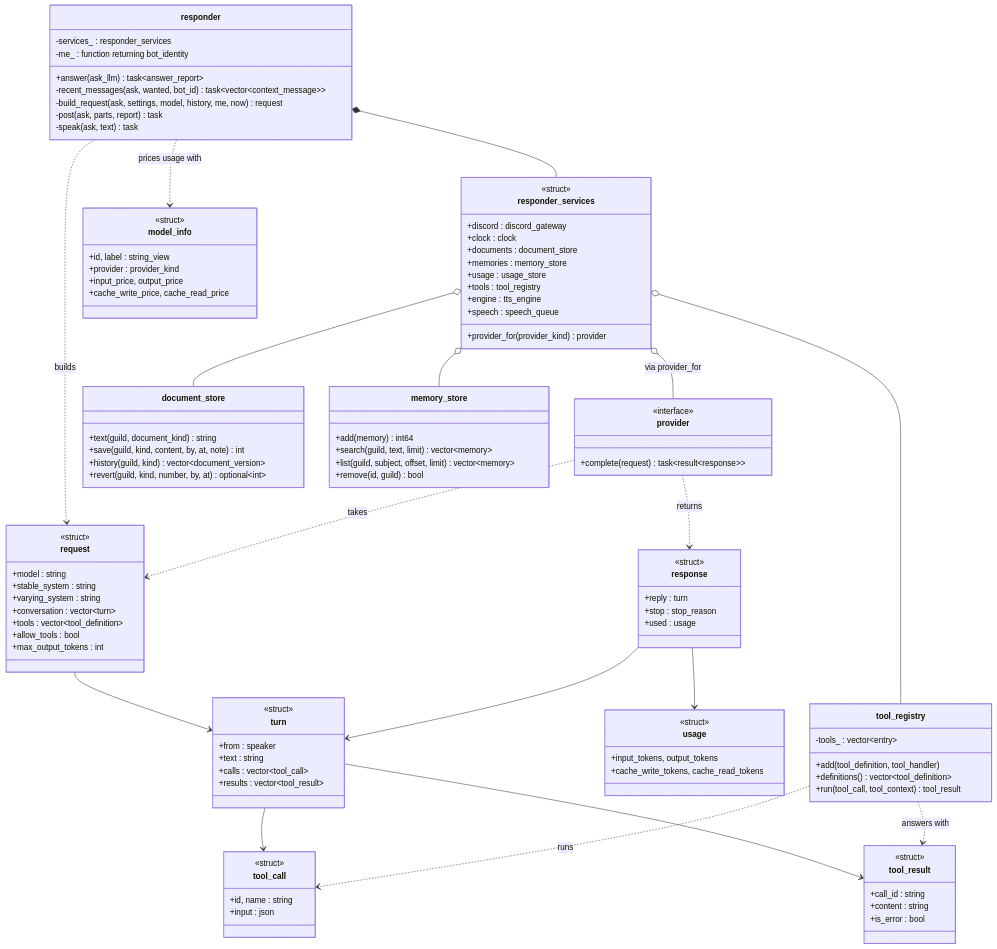
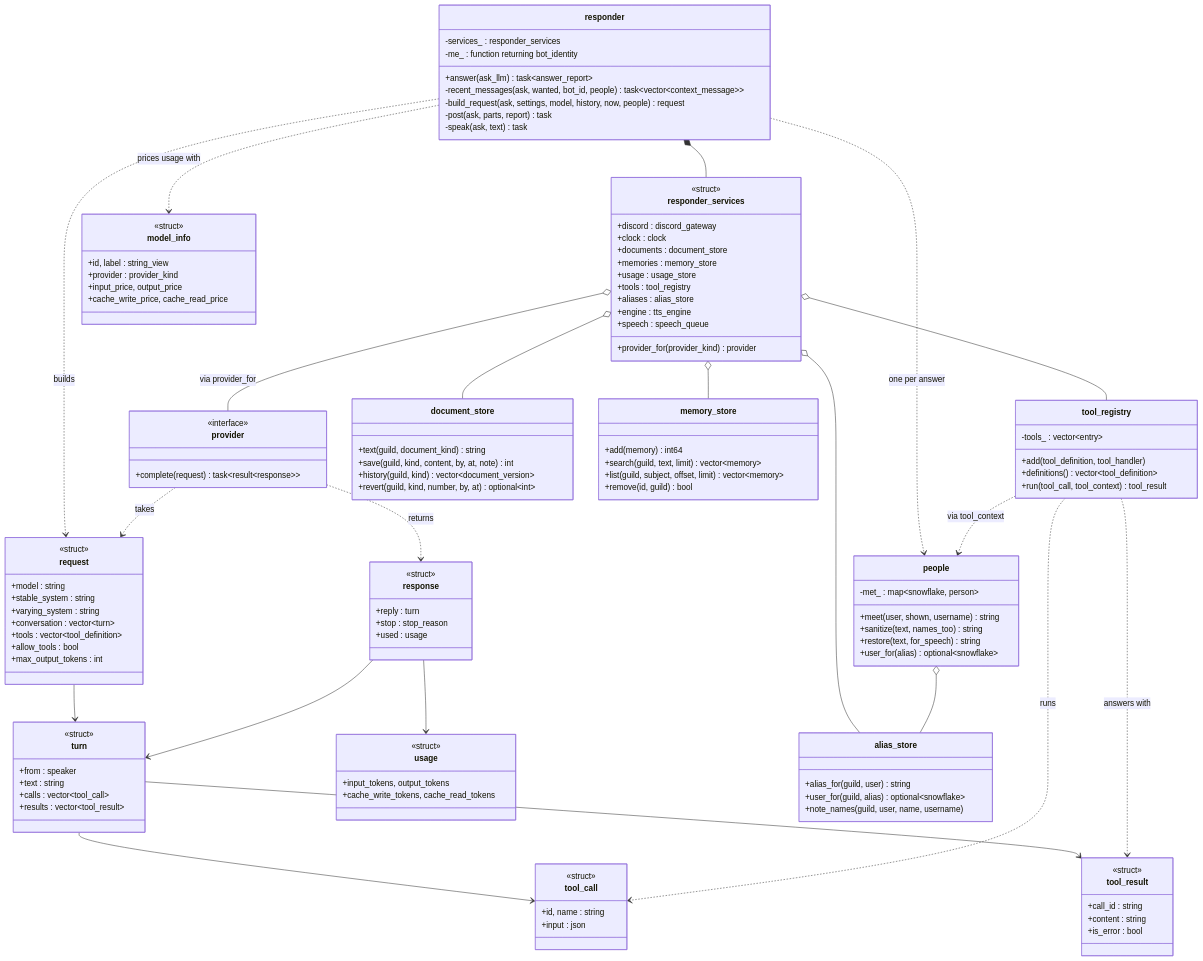
One commit to mhorn00/LatiBot-cpp changed diagram 11 of 13 in docs/architecture/Classes.md. Above: the diagram before and after it, drawn with Mermaid. The commit also changed other lines of this file and 26 other files, not shown here.

First line of the commit message:
feat(llm): the model sees people as aliases, never a Discord id or a name

````diff
--- a/docs/architecture/Classes.md
+++ b/docs/architecture/Classes.md
@@ -1196,8 +1197,8 @@
         -services_ : responder_services
         -me_ : function returning bot_identity
         +answer(ask_llm) task~answer_report~
-        -recent_messages(ask, wanted, bot_id) task~vector~context_message~~
-        -build_request(ask, settings, model, history, me, now) request
+        -recent_messages(ask, wanted, bot_id, people) task~vector~context_message~~
+        -build_request(ask, settings, model, history, now, people) request
         -post(ask, parts, report) task
         -speak(ask, text) task
     }
@@ -1209,6 +1210,7 @@
         +memories : memory_store
         +usage : usage_store
         +tools : tool_registry
+        +aliases : alias_store
         +provider_for(provider_kind) provider
         +engine : tts_engine
         +speech : speech_queue
@@ -1274,6 +1276,18 @@
         +list(guild, subject, offset, limit) vector~memory~
         +remove(id, guild) bool
     }
+    class alias_store {
+        +alias_for(guild, user) string
+        +user_for(guild, alias) optional~snowflake~
+        +note_names(guild, user, name, username)
+    }
+    class people {
+        -met_ : map~snowflake, person~
+        +meet(user, shown, username) string
+        +sanitize(text, names_too) string
+        +restore(text, for_speech) string
+        +user_for(alias) optional~snowflake~
+    }
     class model_info {
         <<struct>>
         +id, label : string_view
@@ -1298,4 +1312,8 @@
     tool_registry ..> tool_call : runs
     tool_registry ..> tool_result : answers with
     responder ..> model_info : prices usage with
+    responder_services o-- alias_store
+    responder ..> people : one per answer
+    people o-- alias_store
+    tool_registry ..> people : via tool_context
 ```
````
